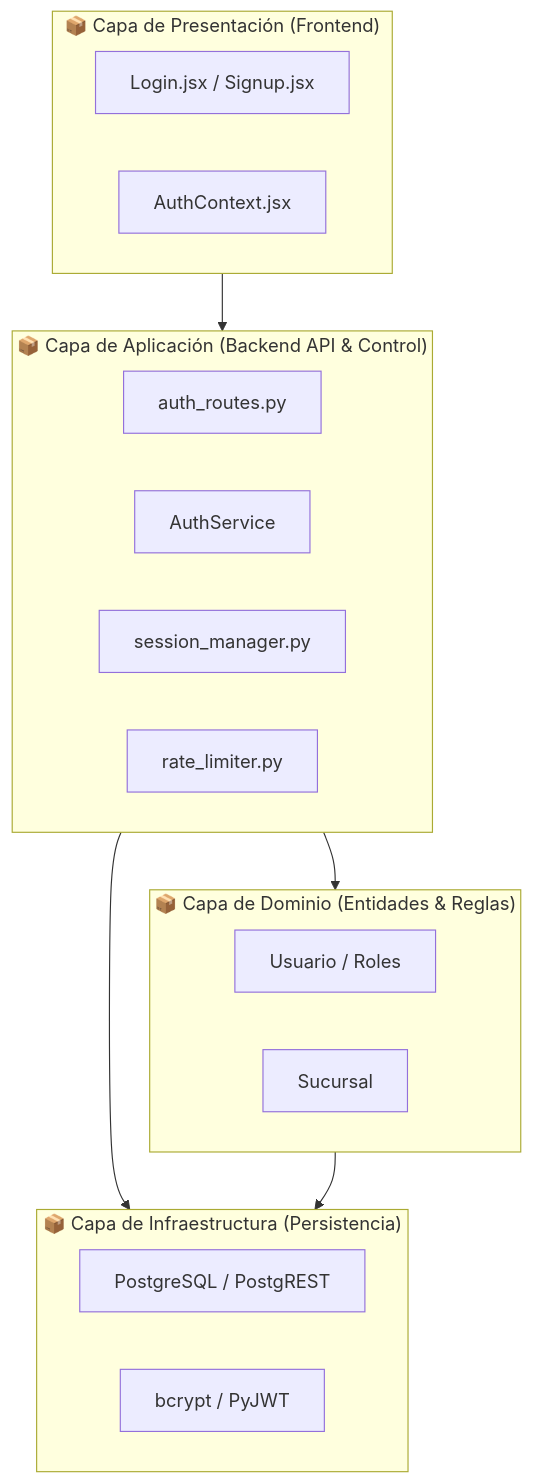
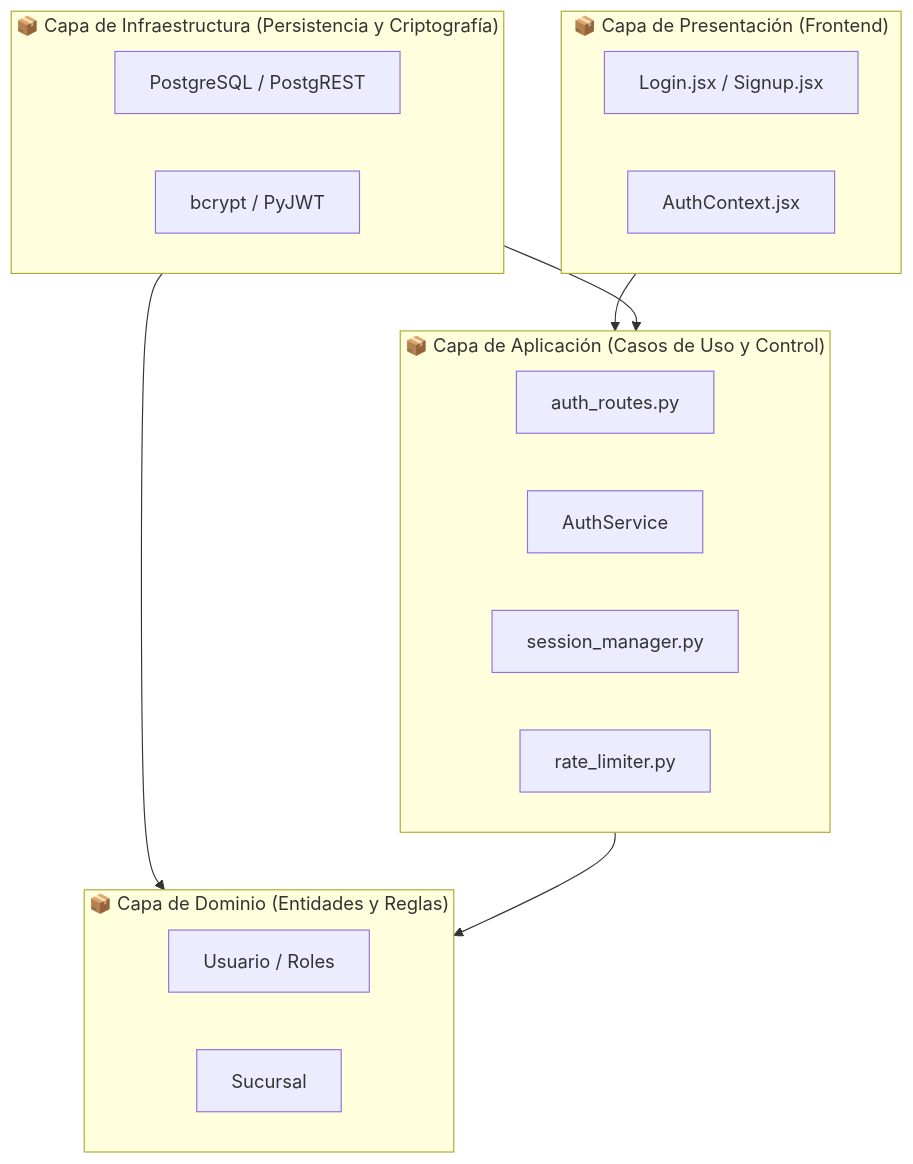
Before and after one commit to Tsmrain/JiuJitsu: the fifth of 37 diagrams in docs/ProyectoGrado.md, drawn with Mermaid. The commit also changed other lines of this file and 17 other files, not shown here.

````diff
--- a/docs/ProyectoGrado.md
+++ b/docs/ProyectoGrado.md
@@ -1324,29 +1310,29 @@
 ```mermaid
 graph TD
     subgraph Presentacion ["📦 Capa de Presentación (Frontend)"]
         UI_Login["Login.jsx / Signup.jsx"]
         UI_State["AuthContext.jsx"]
     end
 
-    subgraph Aplicacion ["📦 Capa de Aplicación (Backend API & Control)"]
+    subgraph Aplicacion ["📦 Capa de Aplicación (Casos de Uso y Control)"]
         API_Auth["auth_routes.py"]
         Ctrl_Auth["AuthService"]
         Ctrl_Session["session_manager.py"]
         Ctrl_Security["rate_limiter.py"]
     end
 
-    subgraph Dominio ["📦 Capa de Dominio (Entidades & Reglas)"]
+    subgraph Dominio ["📦 Capa de Dominio (Entidades y Reglas)"]
         Ent_User["Usuario / Roles"]
         Ent_Sucursal["Sucursal"]
     end
 
-    subgraph Infraestructura ["📦 Capa de Infraestructura (Persistencia)"]
+    subgraph Infraestructura ["📦 Capa de Infraestructura (Persistencia y Criptografía)"]
         Infra_DB["PostgreSQL / PostgREST"]
         Infra_Crypto["bcrypt / PyJWT"]
     end
 
     Presentacion --> Aplicacion
+    Infraestructura --> Aplicacion
+    Infraestructura --> Dominio
     Aplicacion --> Dominio
-    Aplicacion --> Infraestructura
-    Dominio --> Infraestructura
 ```
````
